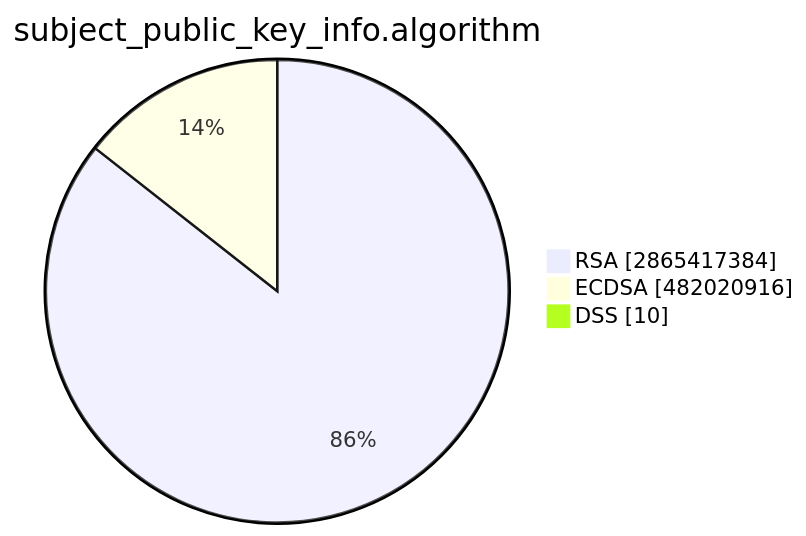
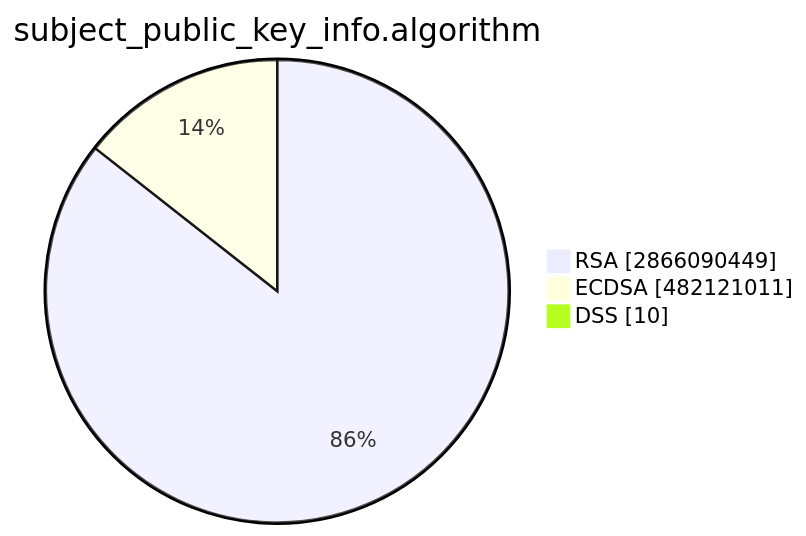
The second of 15 diagrams in TOTAL/README.md (christiankrug/ctmonitor_visualization), drawn with Mermaid before and after one commit. The commit also changed other lines of this file, not shown here.

````diff
--- a/TOTAL/README.md
+++ b/TOTAL/README.md
@@ -6,7 +6,7 @@
 ```mermaid
 pie showData
 title subject_public_key_info.algorithm
-"RSA" :2865417384
-"ECDSA" :482020916
+"RSA" :2866090449
+"ECDSA" :482121011
 "DSS" :10
 ```
````
